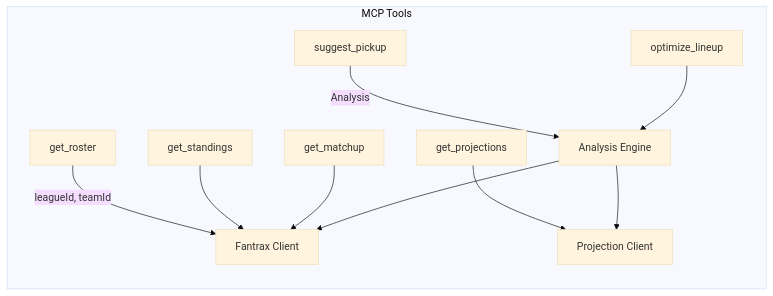
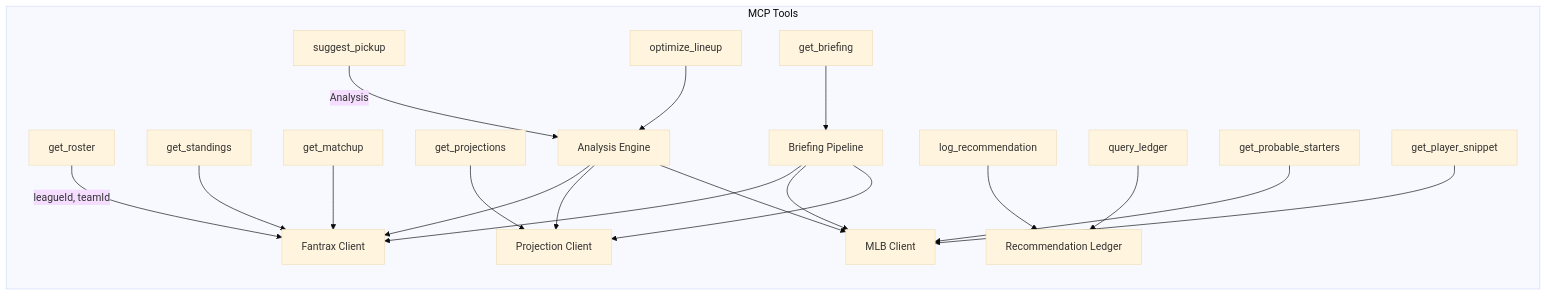
The second of 3 diagrams in docs/design/architecture.md (butterflyskies/fantrax-mcp), drawn with Mermaid (base theme) before and after one commit. The commit also changed other lines of this file and 34 other files, not shown here.

````diff
--- a/docs/design/architecture.md
+++ b/docs/design/architecture.md
@@ -54,13 +95,22 @@
 ```mermaid
 graph LR
     subgraph "MCP Tools"
         A[get_roster] --> |leagueId, teamId| F[Fantrax Client]
         B[get_standings] --> F
         C[get_matchup] --> F
         D[get_projections] --> P[Projection Client]
         E[suggest_pickup] --> |Analysis| AE[Analysis Engine]
         G[optimize_lineup] --> AE
+        H[get_briefing] --> BP[Briefing Pipeline]
+        I[log_recommendation] --> RL[Recommendation Ledger]
+        J[query_ledger] --> RL
+        K[get_probable_starters] --> M[MLB Client]
+        L[get_player_snippet] --> M
         AE --> F
         AE --> P
+        AE --> M
+        BP --> F
+        BP --> M
+        BP --> P
     end
 ```
````
